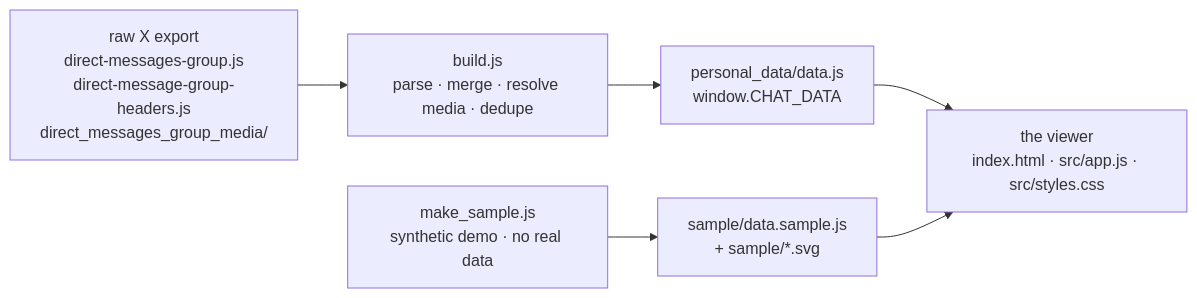
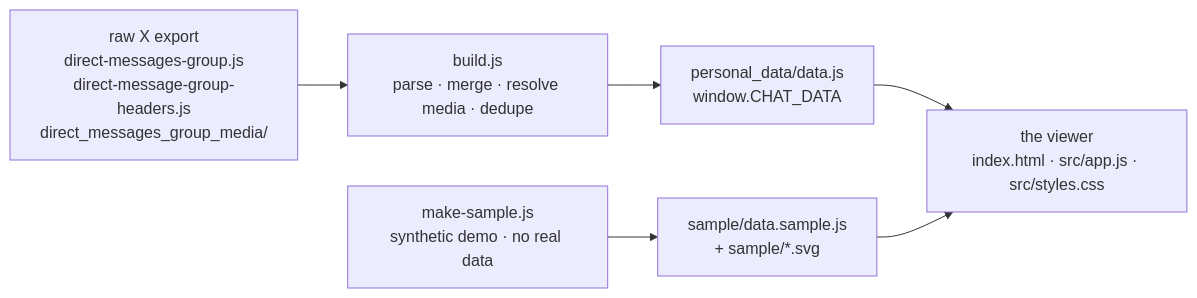
The diagram in docs/ARCHITECTURE.md (yib7/twitter_GC_archival), drawn with Mermaid before and after one commit. The commit also changed other lines of this file and 42 other files, not shown here.

````diff
--- a/docs/ARCHITECTURE.md
+++ b/docs/ARCHITECTURE.md
@@ -9,12 +9,12 @@
 ```mermaid
 flowchart LR
   X["raw X export<br/>direct-messages-group.js<br/>direct-message-group-headers.js<br/>direct_messages_group_media/"]
   B["build.js<br/>parse · merge · resolve media · dedupe"]
   D["personal_data/data.js<br/>window.CHAT_DATA"]
   V["the viewer<br/>index.html · src/app.js · src/styles.css"]
-  MS["make_sample.js<br/>synthetic demo · no real data"]
+  MS["make-sample.js<br/>synthetic demo · no real data"]
   S["sample/data.sample.js<br/>+ sample/*.svg"]
 
   X --> B --> D --> V
   MS --> S --> V
 ```
````
